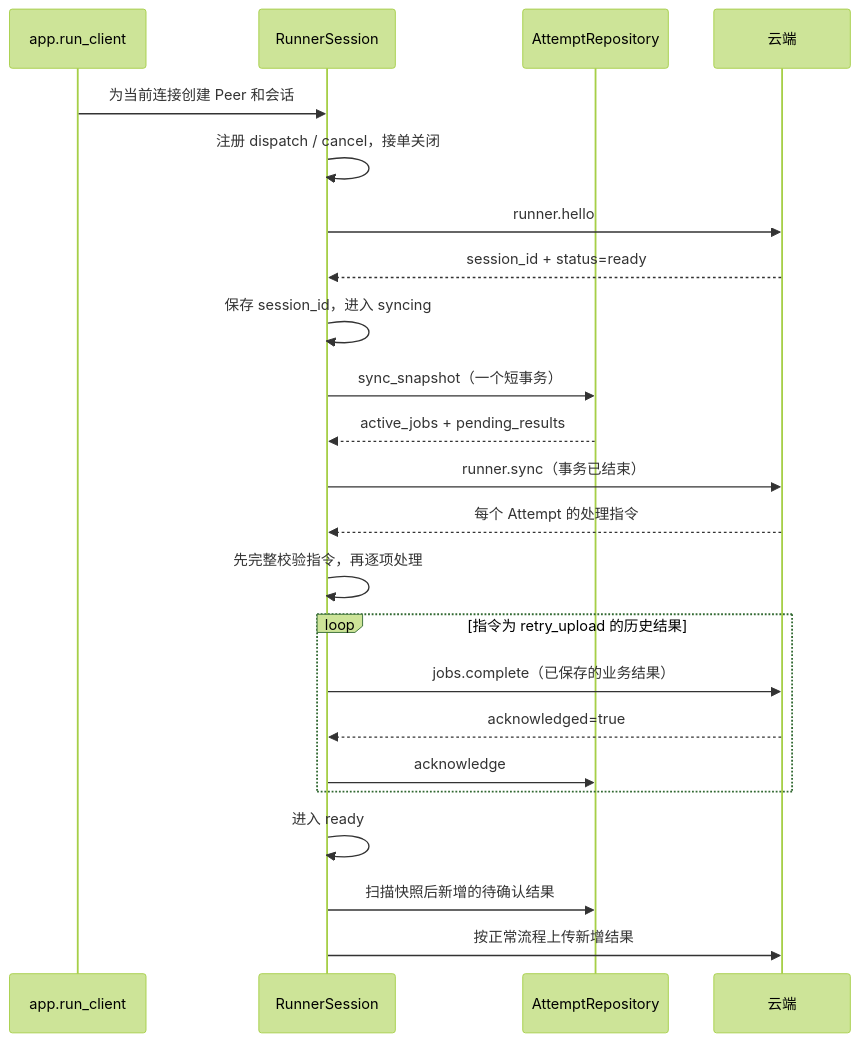
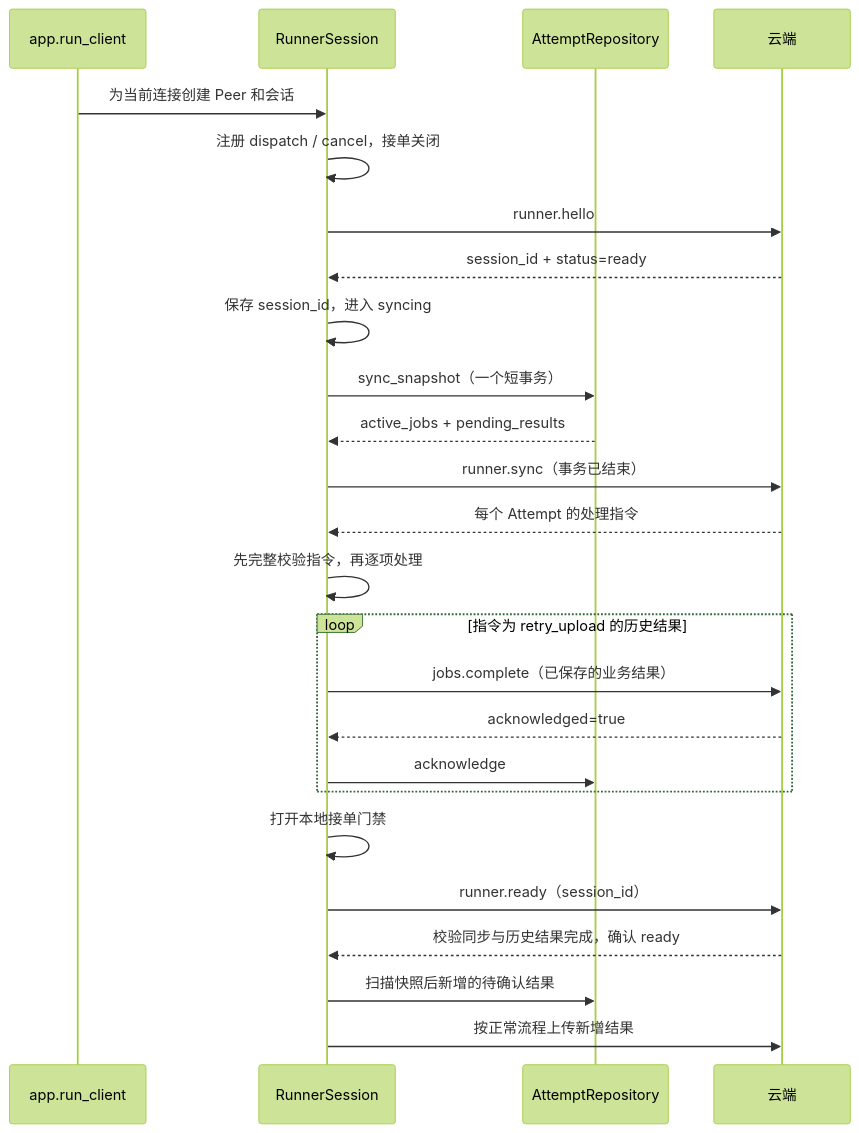
One commit to qinghuan136/EvalForge changed the second of 2 diagrams in docs/client/会话层核心链路.md. Above: the diagram before and after it, drawn with Mermaid (forest theme). The commit also changed other lines of this file and 21 other files, not shown here.

Commit message:
feat(server): 接通 Attempt 业务与同步并补充架构图解

````diff
--- a/docs/client/会话层核心链路.md
+++ b/docs/client/会话层核心链路.md
@@ -78,25 +78,27 @@
 ```mermaid
 sequenceDiagram
     participant App as app.run_client
     participant Session as RunnerSession
     participant DB as AttemptRepository
     participant Cloud as 云端
     App->>Session: 为当前连接创建 Peer 和会话
     Session->>Session: 注册 dispatch / cancel，接单关闭
     Session->>Cloud: runner.hello
     Cloud-->>Session: session_id + status=ready
     Session->>Session: 保存 session_id，进入 syncing
     Session->>DB: sync_snapshot（一个短事务）
     DB-->>Session: active_jobs + pending_results
     Session->>Cloud: runner.sync（事务已结束）
     Cloud-->>Session: 每个 Attempt 的处理指令
     Session->>Session: 先完整校验指令，再逐项处理
     loop 指令为 retry_upload 的历史结果
         Session->>Cloud: jobs.complete（已保存的业务结果）
         Cloud-->>Session: acknowledged=true
         Session->>DB: acknowledge
     end
-    Session->>Session: 进入 ready
+    Session->>Session: 打开本地接单门禁
+    Session->>Cloud: runner.ready（session_id）
+    Cloud-->>Session: 校验同步与历史结果完成，确认 ready
     Session->>DB: 扫描快照后新增的待确认结果
     Session->>Cloud: 按正常流程上传新增结果
 ```
````
